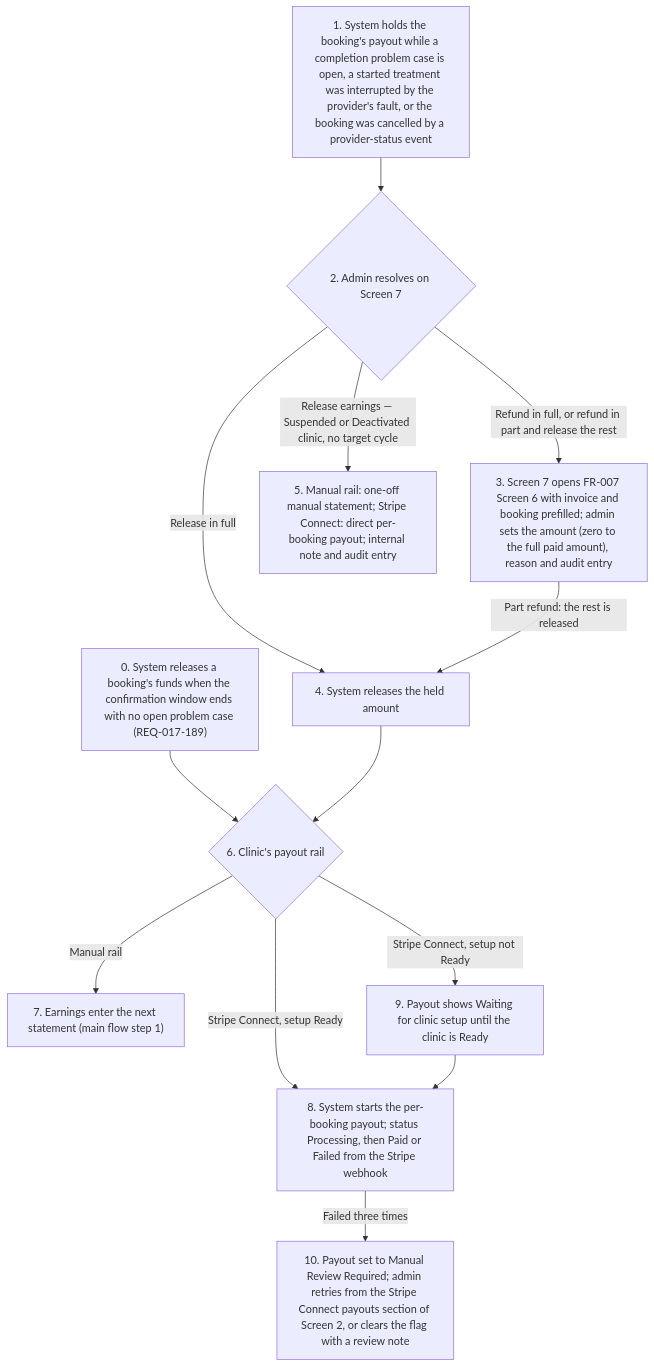
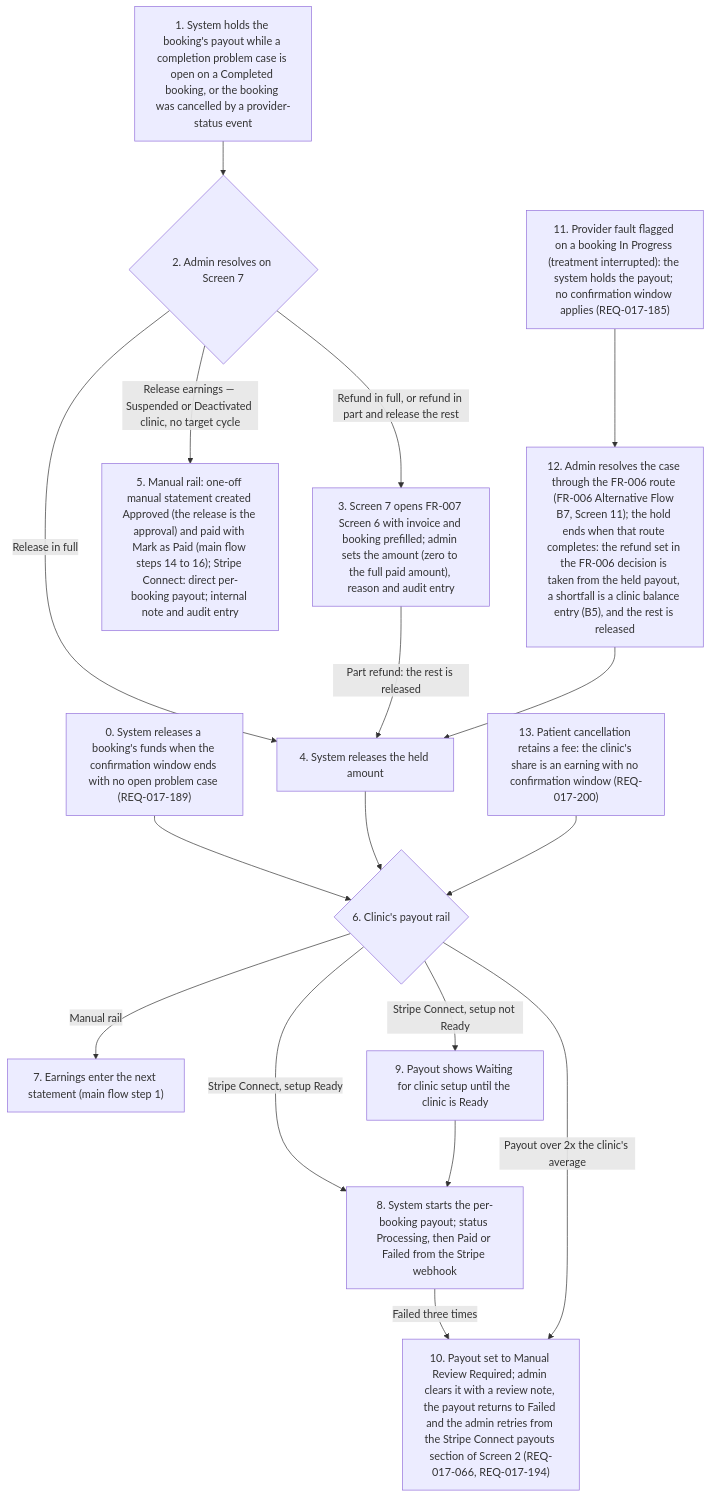
The sixth of 7 diagrams in project-requirements/functional-requirements/fr017-admin-billing-finance/prd.md (joachimtrungtuan/hairline-pm-docs), drawn with Mermaid before and after one commit. The commit also changed other lines of this file and 5 other files, not shown here.

Commit message:
docs(fr017): apply logic review pass 2 fixes to PRD and graph

````diff
--- a/project-requirements/functional-requirements/fr017-admin-billing-finance/prd.md
+++ b/project-requirements/functional-requirements/fr017-admin-billing-finance/prd.md
@@ -279,15 +280,19 @@
 ```mermaid
 flowchart TD
   C0["0. System releases a booking's funds when the confirmation window ends with no open problem case (REQ-017-189)"] --> C6
-  C1["1. System holds the booking's payout while a completion problem case is open, a started treatment was interrupted by the provider's fault, or the booking was cancelled by a provider-status event"] --> C2{"2. Admin resolves on Screen 7"}
+  C1["1. System holds the booking's payout while a completion problem case is open on a Completed booking, or the booking was cancelled by a provider-status event"] --> C2{"2. Admin resolves on Screen 7"}
   C2 -->|"Refund in full, or refund in part and release the rest"| C3["3. Screen 7 opens FR-007 Screen 6 with invoice and booking prefilled; admin sets the amount (zero to the full paid amount), reason and audit entry"]
   C2 -->|"Release in full"| C4["4. System releases the held amount"]
   C3 -->|"Part refund: the rest is released"| C4
-  C2 -->|"Release earnings — Suspended or Deactivated clinic, no target cycle"| C5["5. Manual rail: one-off manual statement; Stripe Connect: direct per-booking payout; internal note and audit entry"]
+  C2 -->|"Release earnings — Suspended or Deactivated clinic, no target cycle"| C5["5. Manual rail: one-off manual statement created Approved (the release is the approval) and paid with Mark as Paid (main flow steps 14 to 16); Stripe Connect: direct per-booking payout; internal note and audit entry"]
   C4 --> C6{"6. Clinic's payout rail"}
   C6 -->|"Manual rail"| C7["7. Earnings enter the next statement (main flow step 1)"]
   C6 -->|"Stripe Connect, setup Ready"| C8["8. System starts the per-booking payout; status Processing, then Paid or Failed from the Stripe webhook"]
   C6 -->|"Stripe Connect, setup not Ready"| C9["9. Payout shows Waiting for clinic setup until the clinic is Ready"]
   C9 --> C8
-  C8 -->|"Failed three times"| C10["10. Payout set to Manual Review Required; admin retries from the Stripe Connect payouts section of Screen 2, or clears the flag with a review note"]
+  C8 -->|"Failed three times"| C10["10. Payout set to Manual Review Required; admin clears it with a review note, the payout returns to Failed and the admin retries from the Stripe Connect payouts section of Screen 2 (REQ-017-066, REQ-017-194)"]
+  C6 -->|"Payout over 2x the clinic's average"| C10
+  C11["11. Provider fault flagged on a booking In Progress (treatment interrupted): the system holds the payout; no confirmation window applies (REQ-017-185)"] --> C12["12. Admin resolves the case through the FR-006 route (FR-006 Alternative Flow B7, Screen 11); the hold ends when that route completes: the refund set in the FR-006 decision is taken from the held payout, a shortfall is a clinic balance entry (B5), and the rest is released"]
+  C12 --> C4
+  C13["13. Patient cancellation retains a fee: the clinic's share is an earning with no confirmation window (REQ-017-200)"] --> C6
 ```
````
